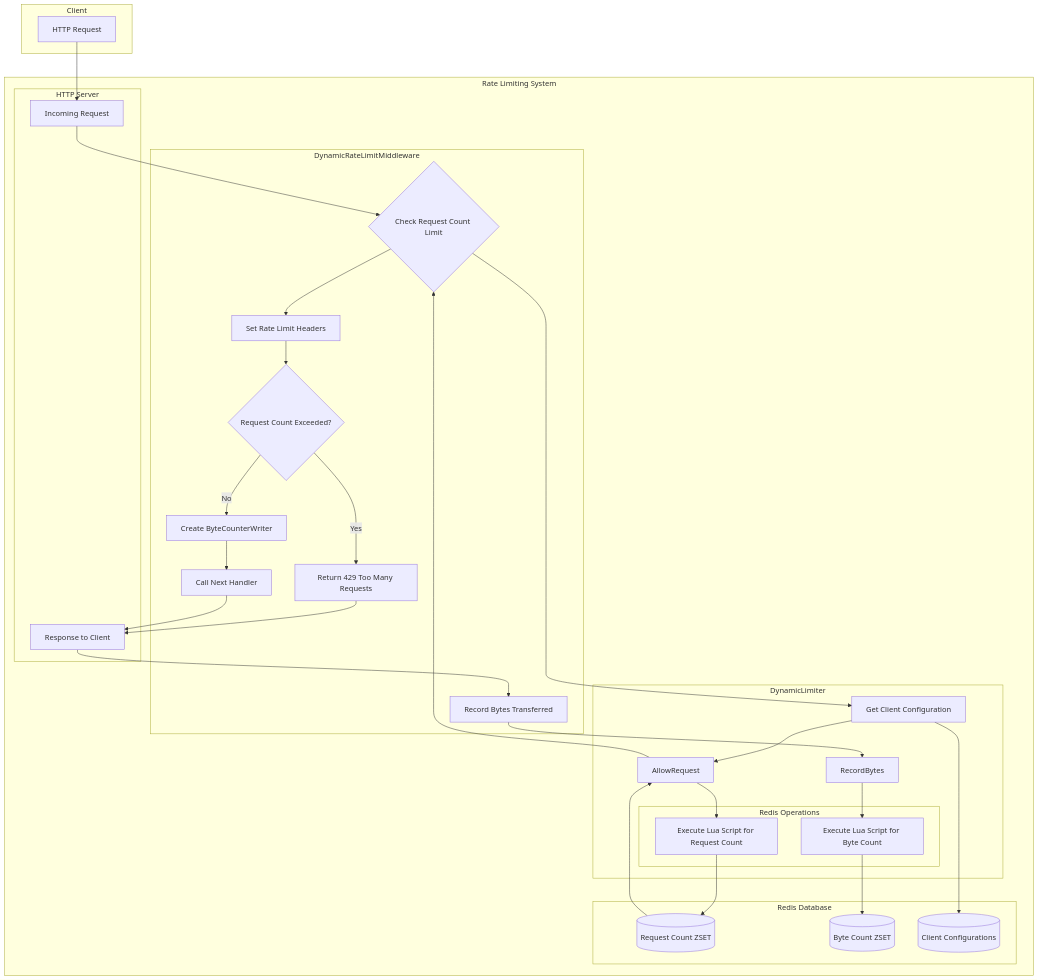
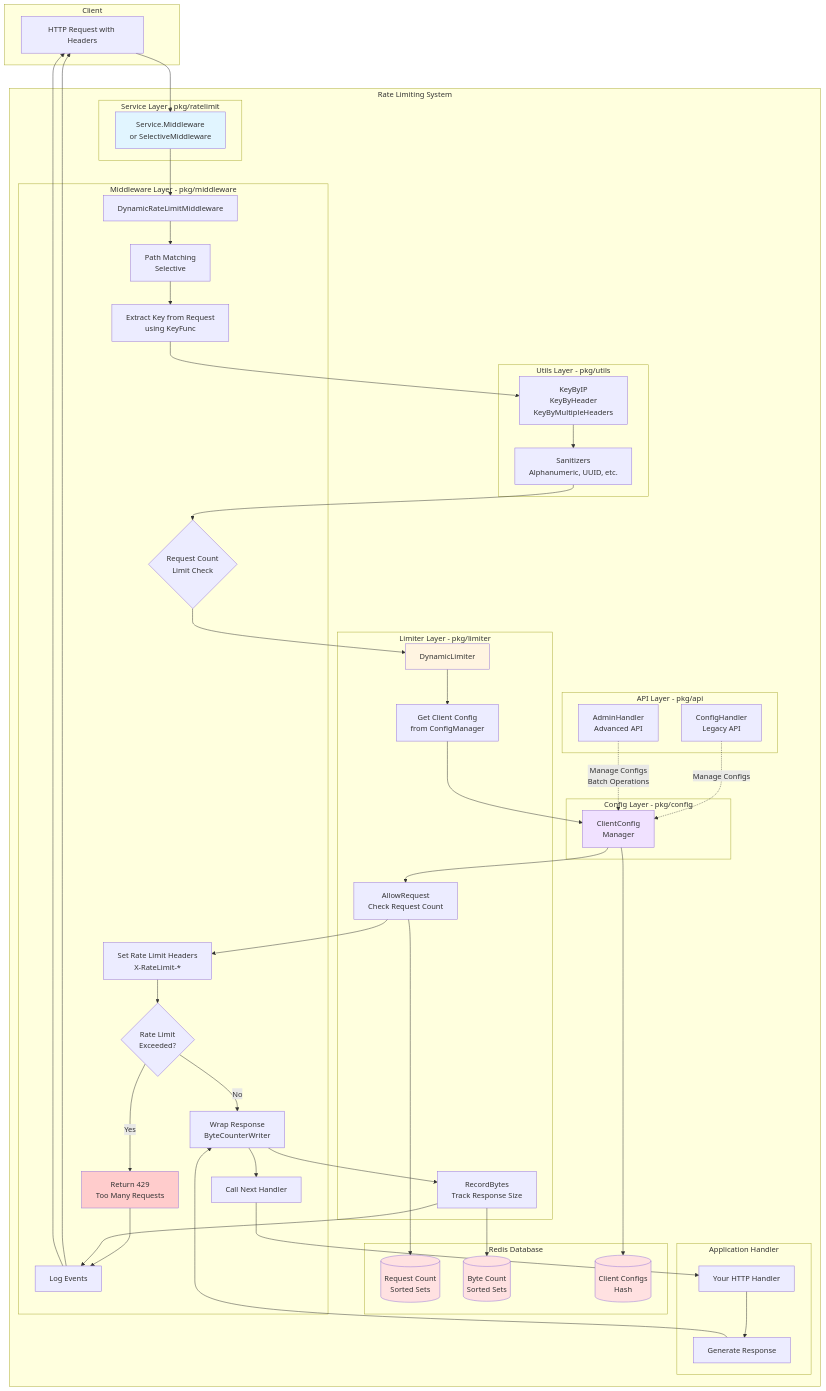
One commit to efegokdemir/go-ratelimit changed the diagram in README.md. Above: the diagram before and after it, drawn with Mermaid. The commit also changed other lines of this file and 18 other files, not shown here.

````diff
--- a/README.md
+++ b/README.md
@@ -206,64 +273,103 @@
 ```mermaid
 flowchart TD
     subgraph Client
-        A[HTTP Request]
+        A[HTTP Request with Headers]
     end
     
     subgraph "Rate Limiting System"
-        subgraph "HTTP Server"
-            B[Incoming Request]
-            Z[Response to Client]
+        subgraph "Service Layer - pkg/ratelimit"
+            S1[Service.Middleware<br/>or SelectiveMiddleware]
         end
         
-        subgraph "DynamicRateLimitMiddleware"
-            C{Check Request Count Limit}
-            D[Set Rate Limit Headers]
-            E{Request Count Exceeded?}
-            F[Return 429 Too Many Requests]
-            G[Create ByteCounterWriter]
-            H[Call Next Handler]
-            I[Record Bytes Transferred]
+        subgraph "Middleware Layer - pkg/middleware"
+            M1[DynamicRateLimitMiddleware]
+            M2[Extract Key from Request<br/>using KeyFunc]
+            M3[Path Matching<br/>Selective]
+            M4{Request Count<br/>Limit Check}
+            M5[Set Rate Limit Headers<br/>X-RateLimit-*]
+            M6{Rate Limit<br/>Exceeded?}
+            M7[Return 429<br/>Too Many Requests]
+            M8[Wrap Response<br/>ByteCounterWriter]
+            M9[Call Next Handler]
+            M10[Log Events]
         end
         
-        subgraph "DynamicLimiter"
-            J[AllowRequest]
-            K[RecordBytes]
-            L[Get Client Configuration]
-            
-            subgraph "Redis Operations"
-                M[Execute Lua Script for Request Count]
-                N[Execute Lua Script for Byte Count]
-            end
+        subgraph "Limiter Layer - pkg/limiter"
+            L1[DynamicLimiter]
+            L2[Get Client Config<br/>from ConfigManager]
+            L3[AllowRequest<br/>Check Request Count]
+            L4[RecordBytes<br/>Track Response Size]
+        end
+        
+        subgraph "Utils Layer - pkg/utils"
+            U1[KeyByIP<br/>KeyByHeader<br/>KeyByMultipleHeaders]
+            U2[Sanitizers<br/>Alphanumeric, UUID, etc.]
+        end
+        
+        subgraph "Config Layer - pkg/config"
+            C1[ClientConfig<br/>Manager]
+        end
+        
+        subgraph "API Layer - pkg/api"
+            API1[ConfigHandler<br/>Legacy API]
+            API2[AdminHandler<br/>Advanced API]
         end
         
         subgraph "Redis Database"
-            O[(Request Count ZSET)]
-            P[(Byte Count ZSET)]
-            Q[(Client Configurations)]
+            R1[(Request Count<br/>Sorted Sets)]
+            R2[(Byte Count<br/>Sorted Sets)]
+            R3[(Client Configs<br/>Hash)]
+        end
+        
+        subgraph "Application Handler"
+            H1[Your HTTP Handler]
+            H2[Generate Response]
         end
     end
     
-    A --> B
-    B --> C
-    C --> L
-    L --> Q
-    L --> J
-    J --> M
-    M --> O
-    O --> J
-    J --> C
+    %% Main request flow
+    A --> S1
+    S1 --> M1
+    M1 --> M3
+    M3 --> M2
+    M2 --> U1
+    U1 --> U2
+    U2 --> M4
     
-    C --> D
-    D --> E
-    E -->|Yes| F
-    F --> Z
+    M4 --> L1
+    L1 --> L2
+    L2 --> C1
+    C1 --> R3
+    C1 --> L3
+    L3 --> R1
+    L3 --> M5
     
-    E -->|No| G
-    G --> H
-    H --> Z
+    M5 --> M6
+    M6 -->|Yes| M7
+    M7 --> M10
+    M10 --> A
     
-    Z --> I
-    I --> K
-    K --> N
-    N --> P
+    M6 -->|No| M8
+    M8 --> M9
+    M9 --> H1
+    H1 --> H2
+    H2 --> M8
+    
+    %% After response
+    M8 --> L4
+    L4 --> R2
+    L4 --> M10
+    M10 --> A
+    
+    %% Admin API flows
+    API1 -.->|Manage Configs| C1
+    API2 -.->|Manage Configs<br/>Batch Operations| C1
+    
+    style S1 fill:#e1f5ff
+    style L1 fill:#fff4e1
+    style C1 fill:#f0e1ff
+    style R1 fill:#ffe1e1
+    style R2 fill:#ffe1e1
+    style R3 fill:#ffe1e1
+    style M7 fill:#ffcccc
 ```
````
